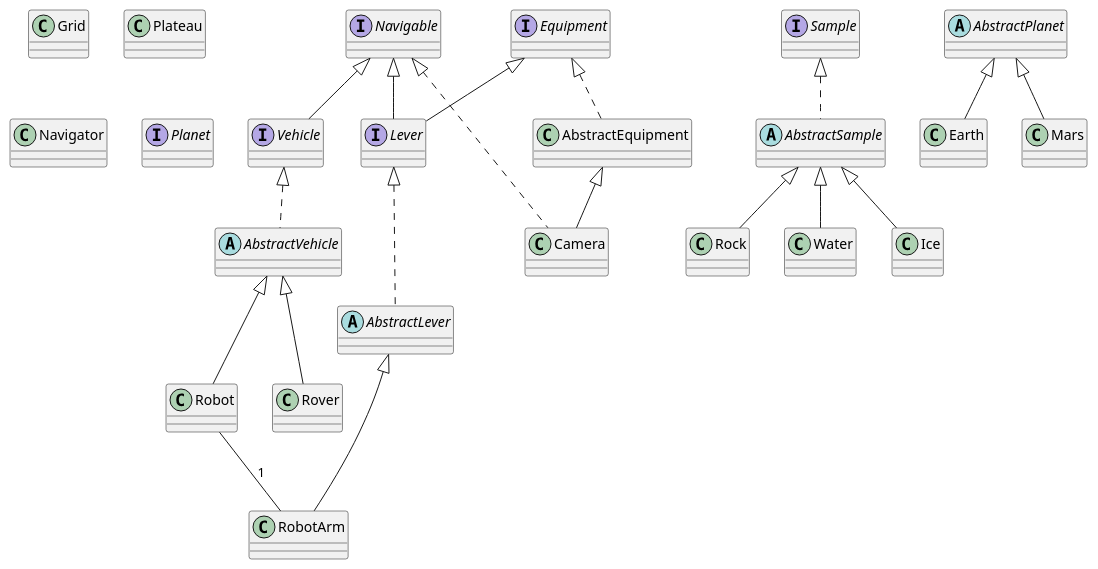
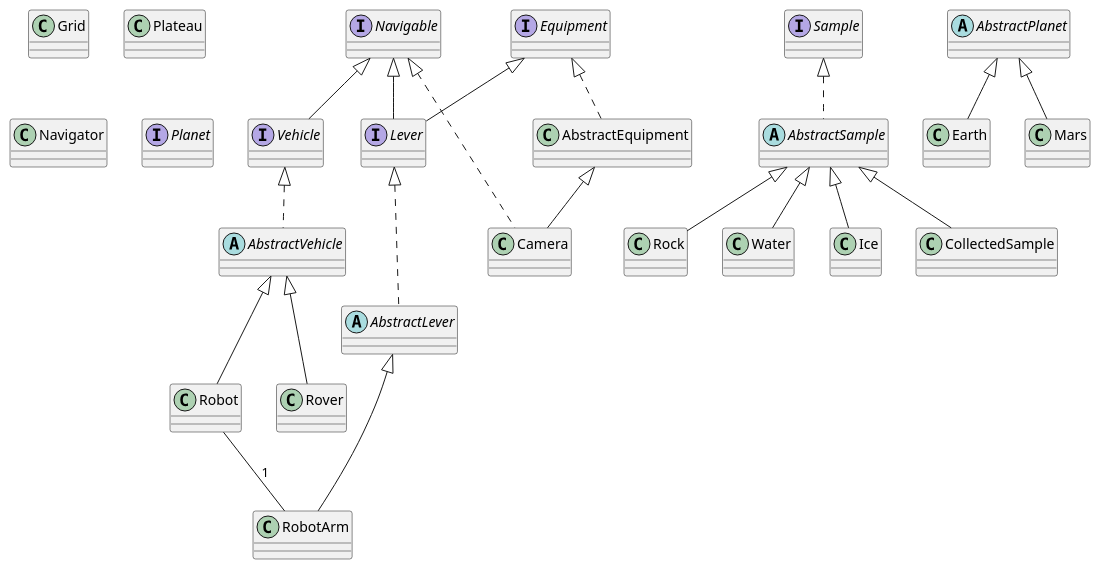
One commit to shurelreynolds/marsrover changed the diagram in MarsRover.puml. Above: the diagram before and after it, drawn with PlantUML. The commit also changed 1 other file, not shown here.

Commit message:
Add CollectedSample to RobotArm. Updated UML

```diff
--- a/MarsRover.puml
+++ b/MarsRover.puml
@@ -1,43 +1,44 @@
 @startuml
 'https://plantuml.com/class-diagram
 abstract class AbstractVehicle implements Vehicle{
 }
 interface Vehicle extends Navigable{
 }
 
 class Robot extends AbstractVehicle{
 }
 interface Lever extends Equipment,Navigable{}
 abstract class AbstractLever implements Lever{}
 class RobotArm extends AbstractLever{}
 class Rover extends AbstractVehicle{}
 class Grid{}
 
 class Plateau{}
 interface Equipment{}
 class AbstractEquipment implements Equipment{}
 
 class Camera extends AbstractEquipment implements Navigable{}
 interface Sample{}
 abstract class AbstractSample implements Sample{}
 class Rock extends AbstractSample{
 }
 class Water extends AbstractSample{
 }
 class Ice extends AbstractSample{
 }
+class CollectedSample extends AbstractSample{}
 interface Navigable{}
 
 class Navigator{
 }
 
 
 Robot -- RobotArm :1
 
 interface Planet{}
 abstract class AbstractPlanet{}
 
 class Earth extends AbstractPlanet{}
 class Mars extends AbstractPlanet{}
 
 @enduml
```
